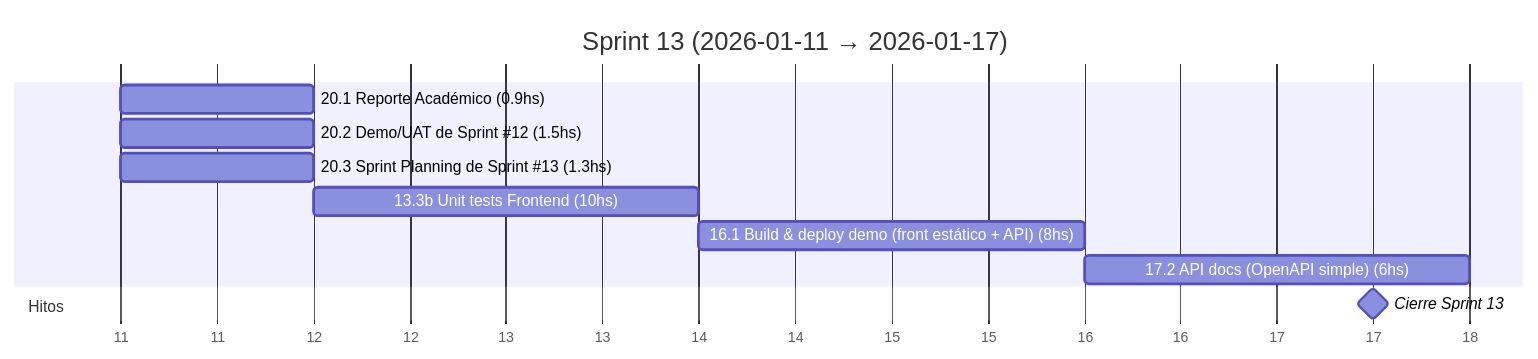
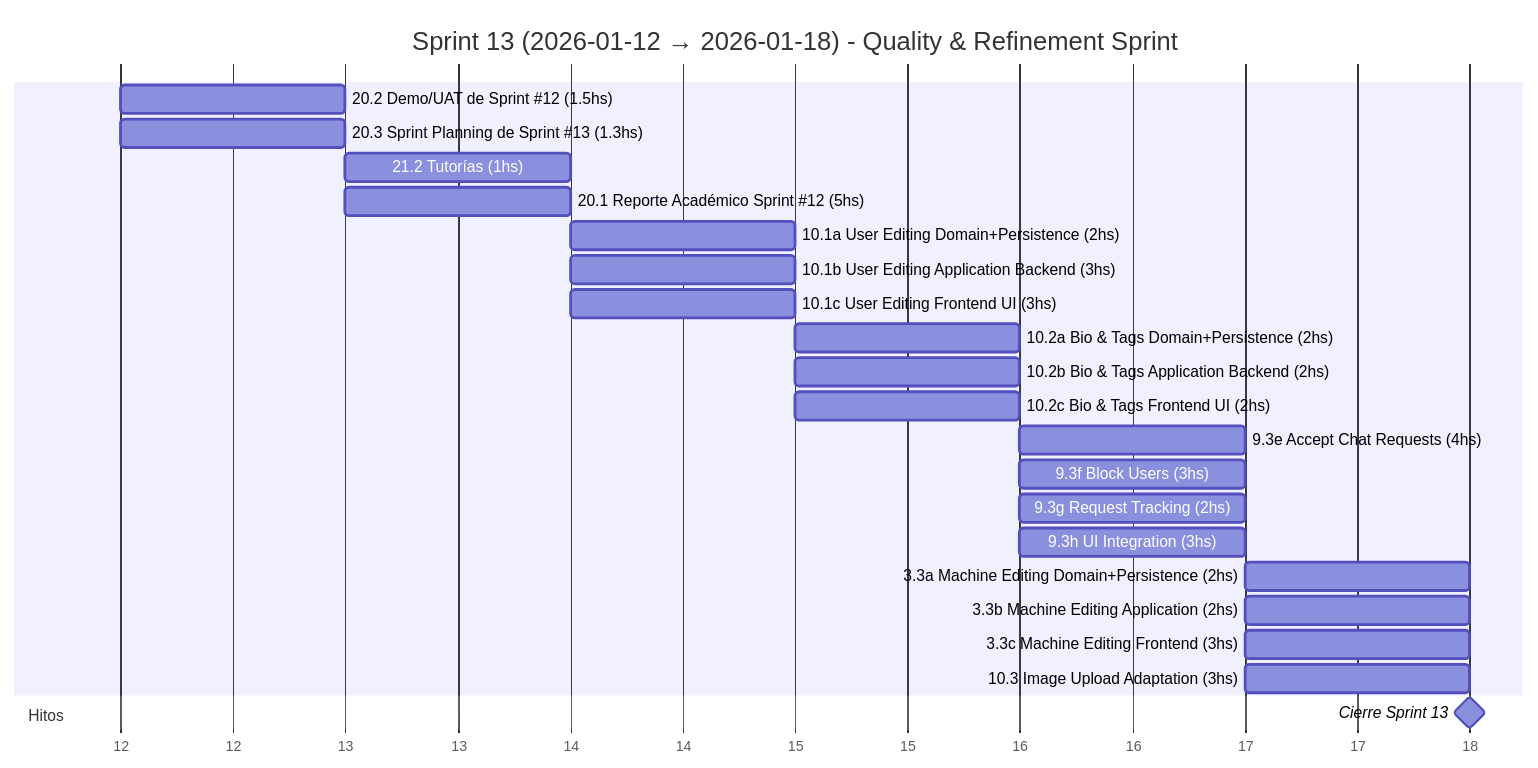
Before and after one commit to MarkMed/FleetMan: diagram 14 of 19 in docs/SprintsGantts.md, drawn with Mermaid. The commit also changed other lines of this file and 2 other files, not shown here.

Commit message:
Refactor code structure for improved readability and maintainability

````diff
--- a/docs/SprintsGantts.md
+++ b/docs/SprintsGantts.md
@@ -412,18 +412,35 @@
 ```mermaid
 gantt
-  title Sprint 13 (2026-01-11 → 2026-01-17)
+  title Sprint 13 (2026-01-12 → 2026-01-18) - Quality & Refinement Sprint
   dateFormat  YYYY-MM-DD
   axisFormat  %d
 
   %% Asumimos 5 h/día. Horas estimadas incluidas en el nombre.
+  %% Orden estratégico: simple → complejo para momentum
 
-  20.1 Reporte Académico (0.9hs)               :t201, 2026-01-11, 1d
-  20.2 Demo/UAT de Sprint #12 (1.5hs)          :t202, 2026-01-11, 1d
-  20.3 Sprint Planning de Sprint #13 (1.3hs)      :t203, 2026-01-11, 1d
-  13.3b Unit tests Frontend (10hs)             :t133b, after t203, 2d
-  16.1 Build & deploy demo (front estático + API) (8hs) :t161, after t133b, 2d
-  17.2 API docs (OpenAPI simple) (6hs)         :t172, after t161, 2d
+  20.2 Demo/UAT de Sprint #12 (1.5hs)          :t202, 2026-01-12, 1d
+  20.3 Sprint Planning de Sprint #13 (1.3hs)   :t203, 2026-01-12, 1d
+  21.2 Tutorías (1hs)                          :t212, 2026-01-13, 1d
+  20.1 Reporte Académico Sprint #12 (5hs)      :t201, 2026-01-13, 1d
+
+  10.1a User Editing Domain+Persistence (2hs)  :t101a, 2026-01-14, 1d
+  10.1b User Editing Application Backend (3hs) :t101b, 2026-01-14, 1d
+  10.1c User Editing Frontend UI (3hs)         :t101c, 2026-01-14, 1d
+
+  10.2a Bio & Tags Domain+Persistence (2hs)    :t102a, 2026-01-15, 1d
+  10.2b Bio & Tags Application Backend (2hs)   :t102b, 2026-01-15, 1d
+  10.2c Bio & Tags Frontend UI (2hs)           :t102c, 2026-01-15, 1d
+
+  9.3e Accept Chat Requests (4hs)              :t93e, 2026-01-16, 1d
+  9.3f Block Users (3hs)                       :t93f, 2026-01-16, 1d
+  9.3g Request Tracking (2hs)                  :t93g, 2026-01-16, 1d
+  9.3h UI Integration (3hs)                    :t93h, 2026-01-16, 1d
+
+  3.3a Machine Editing Domain+Persistence (2hs) :t33a, 2026-01-17, 1d
+  3.3b Machine Editing Application (2hs)       :t33b, 2026-01-17, 1d
+  3.3c Machine Editing Frontend (3hs)          :t33c, 2026-01-17, 1d
+  10.3 Image Upload Adaptation (3hs)           :t103, 2026-01-17, 1d
 
   section Hitos
-  Cierre Sprint 13                             :milestone, s13, 2026-01-17, 1d
+  Cierre Sprint 13                             :milestone, s13, 2026-01-18, 0d
 ```
````
